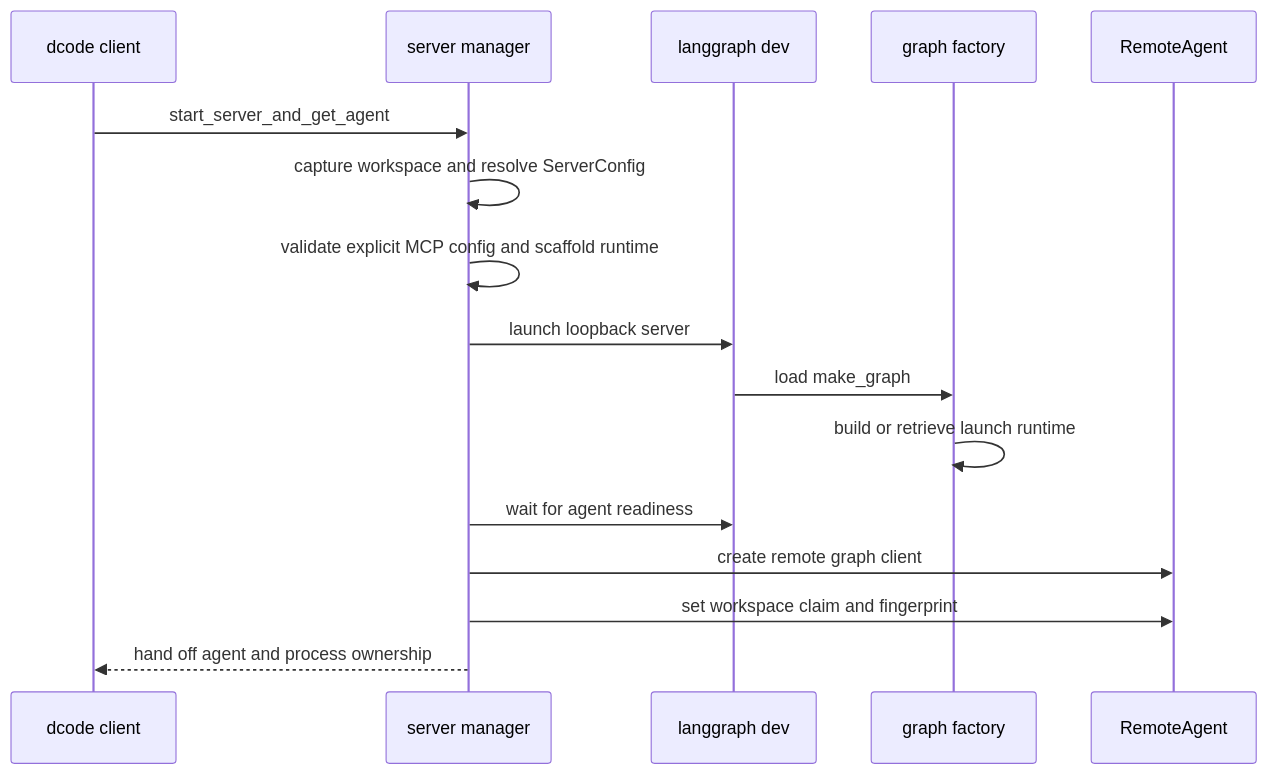
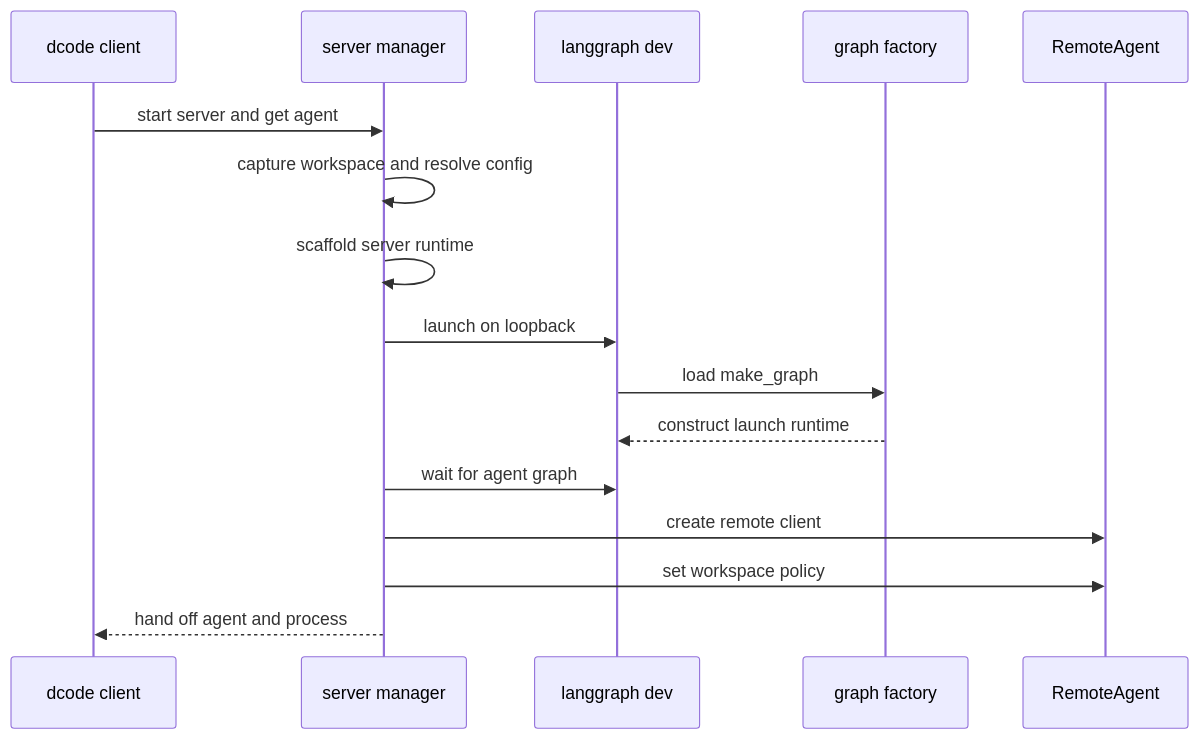
The first of 3 diagrams in openwiki/architecture/runtime-behavior.md (langchain-ai/deepagents), drawn with Mermaid before and after one commit. The commit also changed other lines of this file and 63 other files, not shown here.

````diff
--- a/openwiki/architecture/runtime-behavior.md
+++ b/openwiki/architecture/runtime-behavior.md
@@ -45,18 +57,18 @@
 ```mermaid
 sequenceDiagram
     participant Client as dcode client
     participant Manager as server manager
     participant Child as langgraph dev
     participant Factory as graph factory
     participant Remote as RemoteAgent
-    Client->>Manager: start_server_and_get_agent
-    Manager->>Manager: capture workspace and resolve ServerConfig
-    Manager->>Manager: validate explicit MCP config and scaffold runtime
-    Manager->>Child: launch loopback server
+    Client->>Manager: start server and get agent
+    Manager->>Manager: capture workspace and resolve config
+    Manager->>Manager: scaffold server runtime
+    Manager->>Child: launch on loopback
     Child->>Factory: load make_graph
-    Factory->>Factory: build or retrieve launch runtime
-    Manager->>Child: wait for agent readiness
-    Manager->>Remote: create remote graph client
-    Manager->>Remote: set workspace claim and fingerprint
-    Manager-->>Client: hand off agent and process ownership
+    Factory-->>Child: construct launch runtime
+    Manager->>Child: wait for agent graph
+    Manager->>Remote: create remote client
+    Manager->>Remote: set workspace policy
+    Manager-->>Client: hand off agent and process
 ```
````
